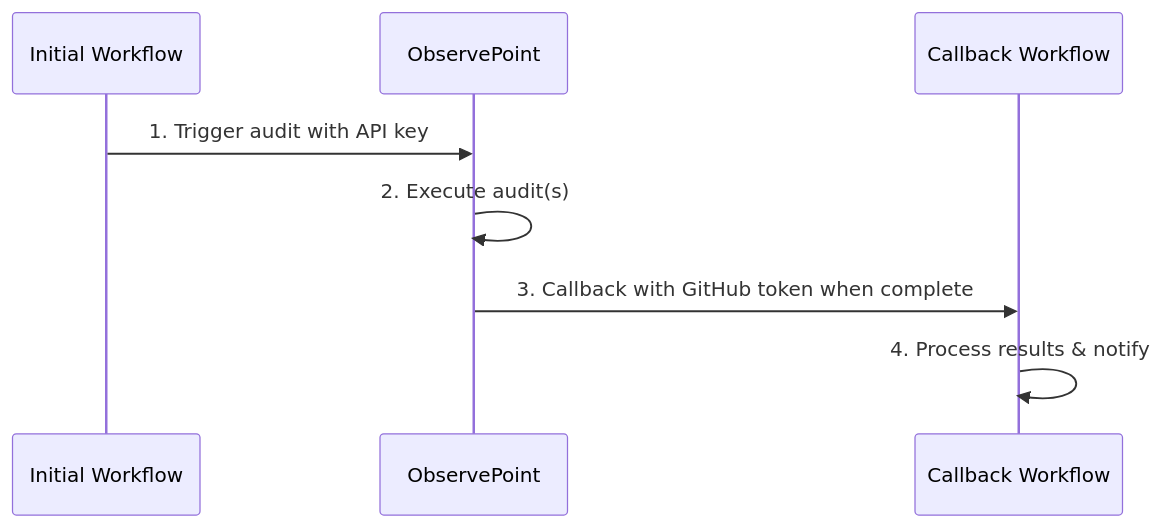
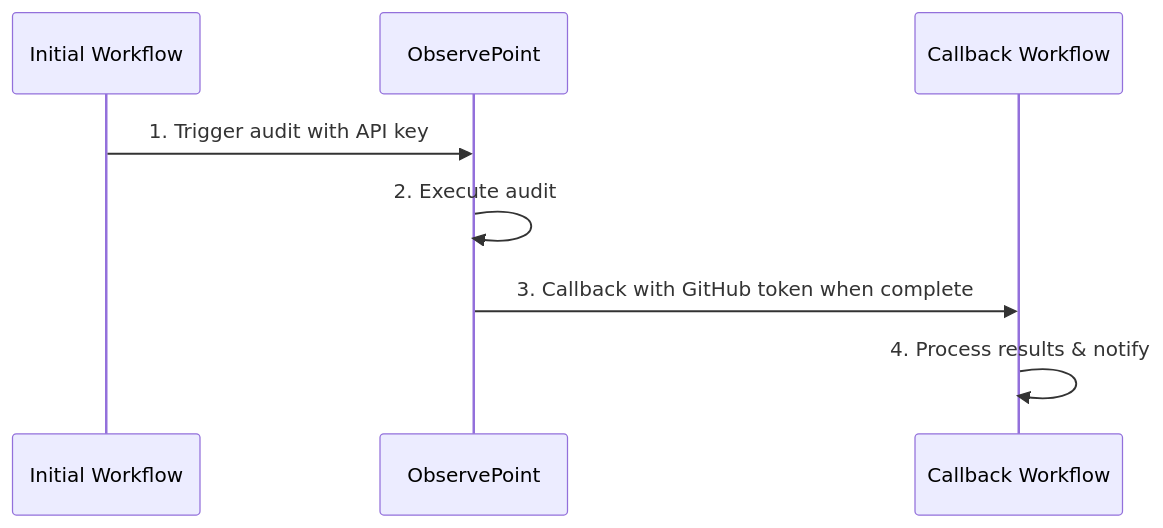
Before and after one commit to observepoint/github-actions-integration: the diagram in README.md, drawn with Mermaid. The commit also changed other lines of this file and 2 other files, not shown here.

````diff
--- a/README.md
+++ b/README.md
@@ -15,11 +14,11 @@
 ```mermaid
 sequenceDiagram
     participant GH as Initial Workflow
     participant OP as ObservePoint
     participant CB as Callback Workflow
     
     GH->>OP: 1. Trigger audit with API key
-    OP->>OP: 2. Execute audit(s)
+    OP->>OP: 2. Execute audit
     OP->>CB: 3. Callback with GitHub token when complete
     CB->>CB: 4. Process results & notify
 ```
````
